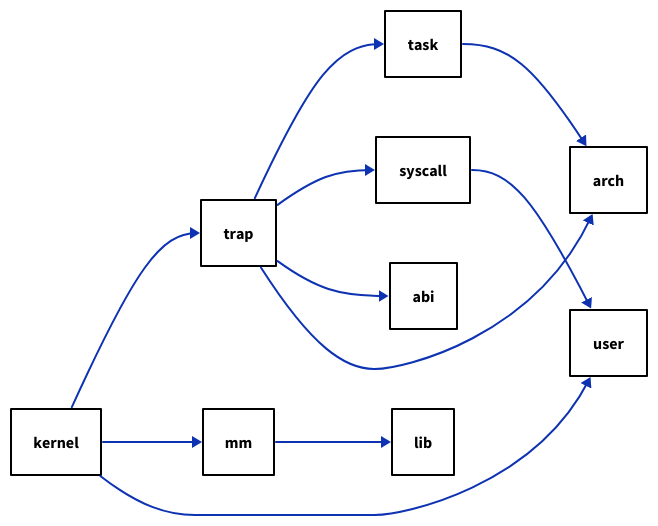
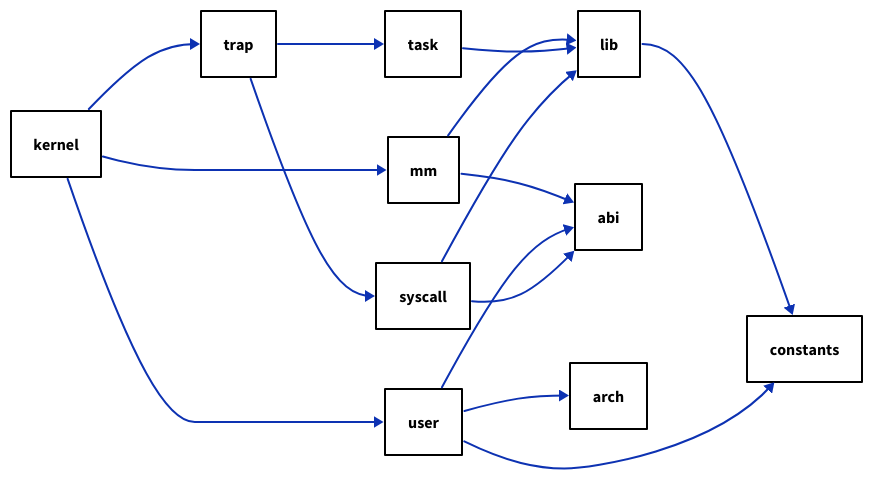
The diagram in docs/dag.d2 (KercyDing/krcyos), drawn with D2 before and after one commit. The commit also changed 2 other files, not shown here.

```diff
--- a/docs/dag.d2
+++ b/docs/dag.d2
@@ -1,19 +1,26 @@
 direction: right
 
 **.style.fill: "#ffffff"
 **.style.stroke: "#000000"
 **.style.font-color: "#000000"
 
-kernel -> trap
-kernel -> mm
-kernel -> user
+lib -> constants
+
+mm -> abi
+mm -> lib
+
+task -> lib
+
+user -> constants
+user -> abi
+user -> arch
+
+syscall -> abi
+syscall -> lib
 
 trap -> task
 trap -> syscall
-trap -> abi
-trap -> arch
 
-syscall -> user
-
-task -> arch
-mm -> lib
+kernel -> mm
+kernel -> user
+kernel -> trap
```
